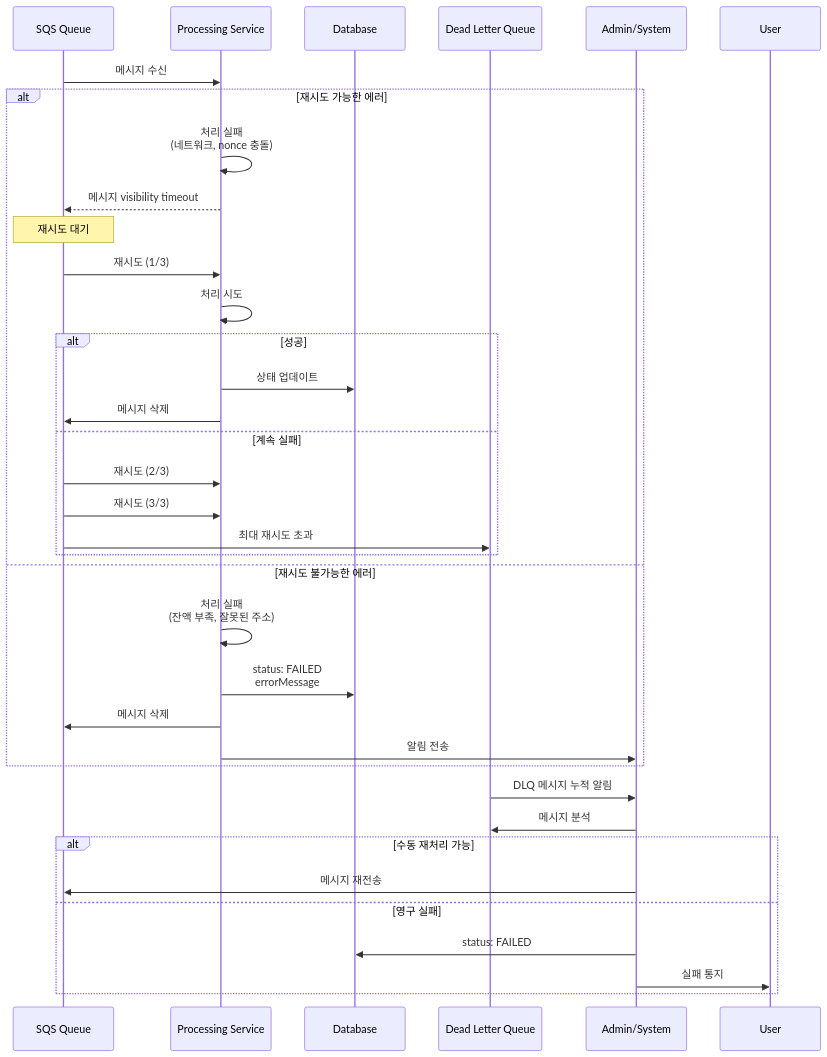
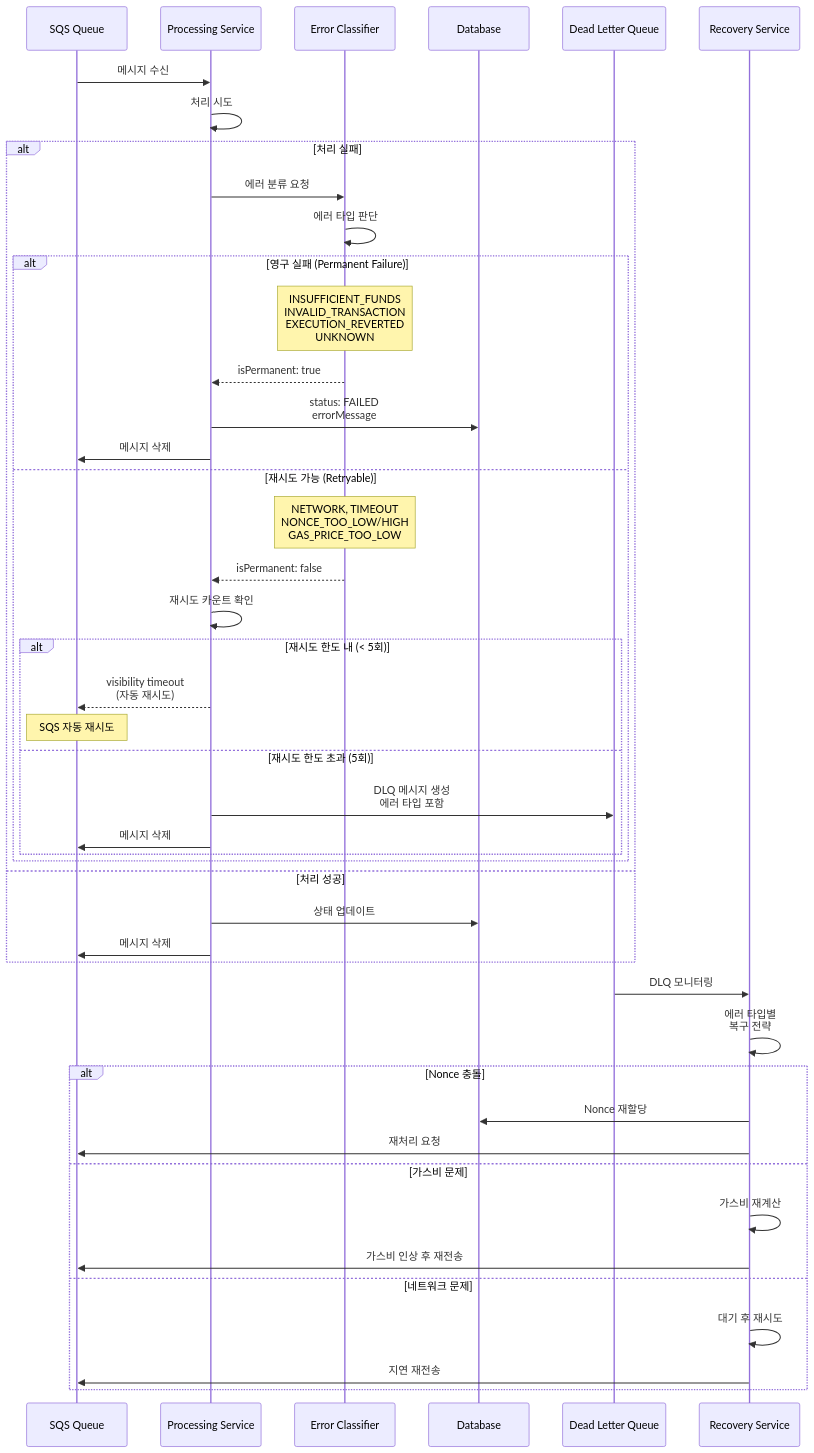
Before and after one commit to globalmsq/asset-withdrawal-monorepo: the third of 5 diagrams in docs/TRANSACTION_LIFECYCLE.md, drawn with Mermaid. The commit also changed other lines of this file and 31 other files, not shown here.

First line of the commit message:
[BFS-5] feat: implement DLQ failure handling system and improve logging

````diff
--- a/docs/TRANSACTION_LIFECYCLE.md
+++ b/docs/TRANSACTION_LIFECYCLE.md
@@ -138,43 +138,53 @@
 ```mermaid
 sequenceDiagram
     participant Queue as SQS Queue
     participant Service as Processing Service
+    participant Classifier as Error Classifier
     participant DB as Database
     participant DLQ as Dead Letter Queue
-    participant Admin as Admin/System
+    participant Recovery as Recovery Service
 
     Queue->>Service: 메시지 수신
+    Service->>Service: 처리 시도
 
-    alt 재시도 가능한 에러
-        Service->>Service: 처리 실패<br/>(네트워크, nonce 충돌)
-        Service-->>Queue: 메시지 visibility timeout
-        Note over Queue: 재시도 대기
-        Queue->>Service: 재시도 (1/3)
-        Service->>Service: 처리 시도
+    alt 처리 실패
+        Service->>Classifier: 에러 분류 요청
+        Classifier->>Classifier: 에러 타입 판단
 
-        alt 성공
-            Service->>DB: 상태 업데이트
+        alt 영구 실패 (Permanent Failure)
+            Note over Classifier: INSUFFICIENT_FUNDS<br/>INVALID_TRANSACTION<br/>EXECUTION_REVERTED<br/>UNKNOWN
+            Classifier-->>Service: isPermanent: true
+            Service->>DB: status: FAILED<br/>errorMessage
             Service->>Queue: 메시지 삭제
-        else 계속 실패
-            Queue->>Service: 재시도 (2/3)
-            Queue->>Service: 재시도 (3/3)
-            Queue->>DLQ: 최대 재시도 초과
+        else 재시도 가능 (Retryable)
+            Note over Classifier: NETWORK, TIMEOUT<br/>NONCE_TOO_LOW/HIGH<br/>GAS_PRICE_TOO_LOW
+            Classifier-->>Service: isPermanent: false
+            Service->>Service: 재시도 카운트 확인
+
+            alt 재시도 한도 내 (< 5회)
+                Service-->>Queue: visibility timeout<br/>(자동 재시도)
+                Note over Queue: SQS 자동 재시도
+            else 재시도 한도 초과 (5회)
+                Service->>DLQ: DLQ 메시지 생성<br/>에러 타입 포함
+                Service->>Queue: 메시지 삭제
+            end
         end
-
-    else 재시도 불가능한 에러
-        Service->>Service: 처리 실패<br/>(잔액 부족, 잘못된 주소)
-        Service->>DB: status: FAILED<br/>errorMessage
+    else 처리 성공
+        Service->>DB: 상태 업데이트
         Service->>Queue: 메시지 삭제
-        Service->>Admin: 알림 전송
     end
 
-    DLQ->>Admin: DLQ 메시지 누적 알림
-    Admin->>DLQ: 메시지 분석
+    DLQ->>Recovery: DLQ 모니터링
+    Recovery->>Recovery: 에러 타입별<br/>복구 전략
 
-    alt 수동 재처리 가능
-        Admin->>Queue: 메시지 재전송
-    else 영구 실패
-        Admin->>DB: status: FAILED
-        Admin->>User: 실패 통지
+    alt Nonce 충돌
+        Recovery->>DB: Nonce 재할당
+        Recovery->>Queue: 재처리 요청
+    else 가스비 문제
+        Recovery->>Recovery: 가스비 재계산
+        Recovery->>Queue: 가스비 인상 후 재전송
+    else 네트워크 문제
+        Recovery->>Recovery: 대기 후 재시도
+        Recovery->>Queue: 지연 재전송
     end
 ```
````
